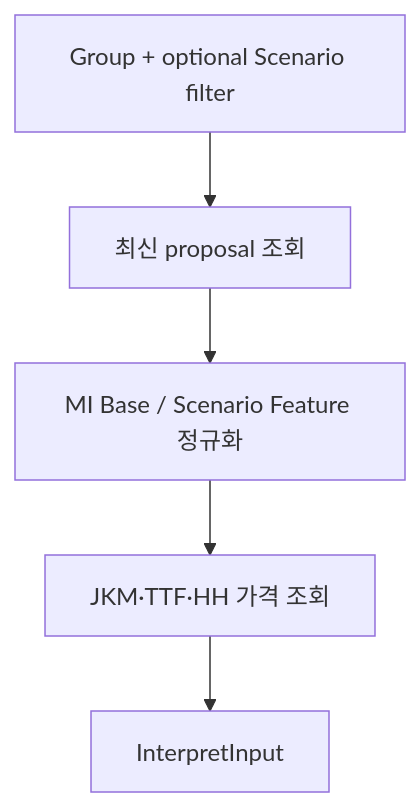
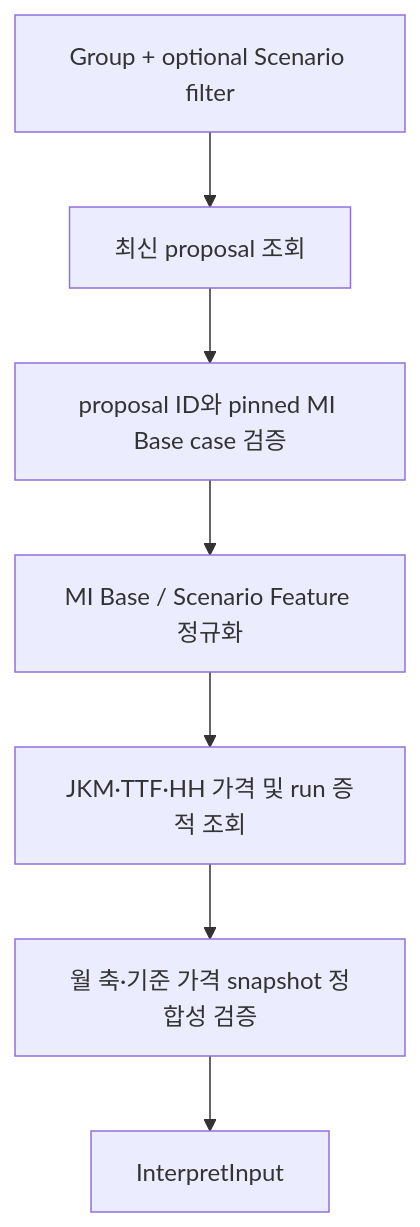
Before and after one commit to enkhbaatarL/skmip-mi-agent: the second of 5 diagrams in docs/agents/interpret_agent/03_INTERPRET_AGENT_FLOW.md, drawn with Mermaid. The commit also changed other lines of this file and 20 other files, not shown here.

Commit message:
feat(interpret): finalize v4.1.7 snapshot and plain-text contracts

````diff
--- a/docs/agents/interpret_agent/03_INTERPRET_AGENT_FLOW.md
+++ b/docs/agents/interpret_agent/03_INTERPRET_AGENT_FLOW.md
@@ -64,7 +64,9 @@
 ```mermaid
 flowchart TD
     A[Group + optional Scenario filter] --> B[최신 proposal 조회]
-    B --> C[MI Base / Scenario Feature 정규화]
-    C --> D[JKM·TTF·HH 가격 조회]
-    D --> E[InterpretInput]
+    B --> C[proposal ID와 pinned MI Base case 검증]
+    C --> D[MI Base / Scenario Feature 정규화]
+    D --> E[JKM·TTF·HH 가격 및 run 증적 조회]
+    E --> F[월 축·기준 가격 snapshot 정합성 검증]
+    F --> G[InterpretInput]
 ```
````
